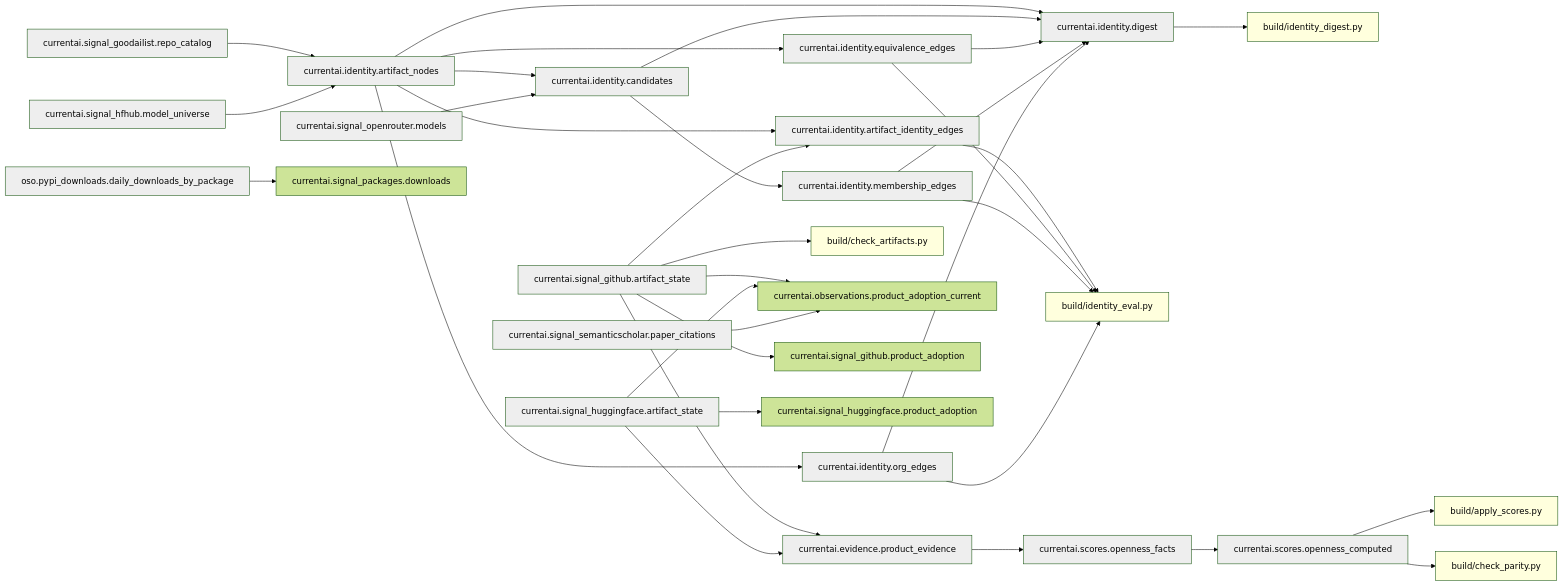
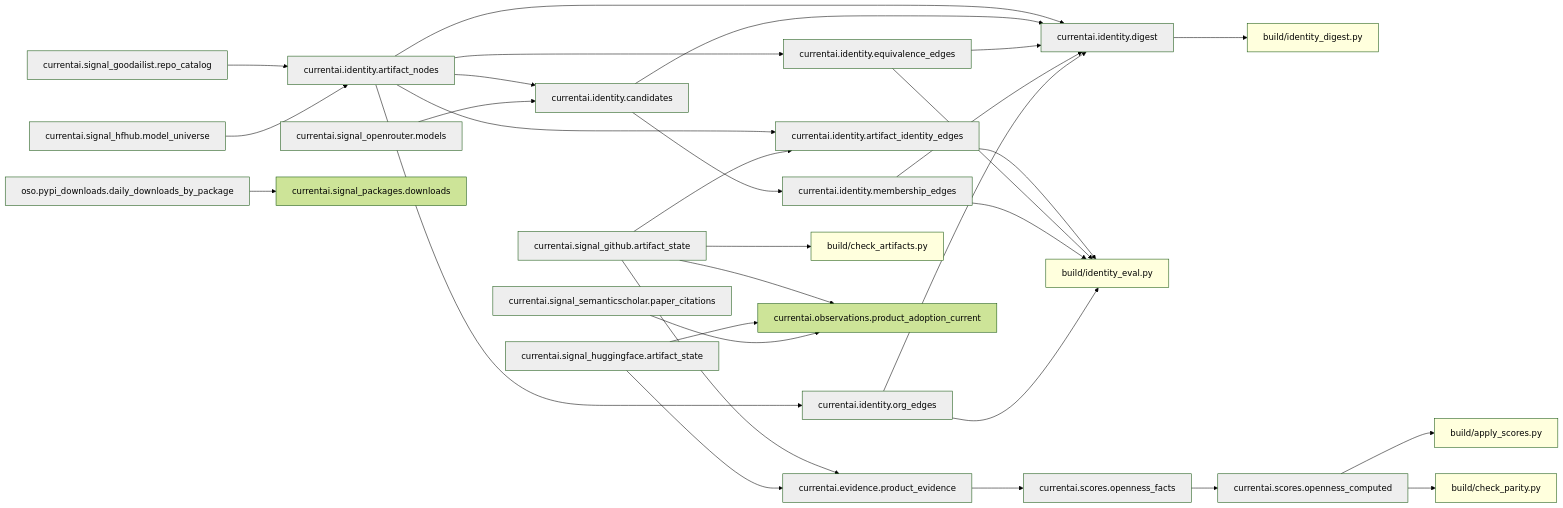
Before and after one commit to currentai-org/os-ai-map: the second of 3 diagrams in docs/architecture/current-state-dag.md, drawn with Mermaid (forest theme). The commit also changed other lines of this file and 18 other files, not shown here.

````diff
--- a/docs/architecture/current-state-dag.md
+++ b/docs/architecture/current-state-dag.md
@@ -127,38 +98,36 @@
 ```mermaid
 graph LR
   currentai__evidence__product_evidence[currentai.evidence.product_evidence]:::dep --> currentai__scores__openness_facts[currentai.scores.openness_facts]:::dep
   currentai__identity__artifact_identity_edges[currentai.identity.artifact_identity_edges]:::dep --> build/identity_eval__py[build/identity_eval.py]:::audit
   currentai__identity__artifact_nodes[currentai.identity.artifact_nodes]:::dep --> currentai__identity__artifact_identity_edges[currentai.identity.artifact_identity_edges]:::dep
   currentai__identity__artifact_nodes[currentai.identity.artifact_nodes]:::dep --> currentai__identity__candidates[currentai.identity.candidates]:::dep
   currentai__identity__artifact_nodes[currentai.identity.artifact_nodes]:::dep --> currentai__identity__digest[currentai.identity.digest]:::dep
   currentai__identity__artifact_nodes[currentai.identity.artifact_nodes]:::dep --> currentai__identity__equivalence_edges[currentai.identity.equivalence_edges]:::dep
   currentai__identity__artifact_nodes[currentai.identity.artifact_nodes]:::dep --> currentai__identity__org_edges[currentai.identity.org_edges]:::dep
   currentai__identity__candidates[currentai.identity.candidates]:::dep --> currentai__identity__digest[currentai.identity.digest]:::dep
   currentai__identity__candidates[currentai.identity.candidates]:::dep --> currentai__identity__membership_edges[currentai.identity.membership_edges]:::dep
   currentai__identity__digest[currentai.identity.digest]:::dep --> build/identity_digest__py[build/identity_digest.py]:::audit
   currentai__identity__equivalence_edges[currentai.identity.equivalence_edges]:::dep --> build/identity_eval__py[build/identity_eval.py]:::audit
   currentai__identity__equivalence_edges[currentai.identity.equivalence_edges]:::dep --> currentai__identity__digest[currentai.identity.digest]:::dep
   currentai__identity__membership_edges[currentai.identity.membership_edges]:::dep --> build/identity_eval__py[build/identity_eval.py]:::audit
   currentai__identity__membership_edges[currentai.identity.membership_edges]:::dep --> currentai__identity__digest[currentai.identity.digest]:::dep
   currentai__identity__org_edges[currentai.identity.org_edges]:::dep --> build/identity_eval__py[build/identity_eval.py]:::audit
   currentai__identity__org_edges[currentai.identity.org_edges]:::dep --> currentai__identity__digest[currentai.identity.digest]:::dep
   currentai__scores__openness_computed[currentai.scores.openness_computed]:::dep --> build/apply_scores__py[build/apply_scores.py]:::audit
   currentai__scores__openness_computed[currentai.scores.openness_computed]:::dep --> build/check_parity__py[build/check_parity.py]:::audit
   currentai__scores__openness_facts[currentai.scores.openness_facts]:::dep --> currentai__scores__openness_computed[currentai.scores.openness_computed]:::dep
   currentai__signal_github__artifact_state[currentai.signal_github.artifact_state]:::dep --> build/check_artifacts__py[build/check_artifacts.py]:::audit
   currentai__signal_github__artifact_state[currentai.signal_github.artifact_state]:::dep --> currentai__evidence__product_evidence[currentai.evidence.product_evidence]:::dep
   currentai__signal_github__artifact_state[currentai.signal_github.artifact_state]:::dep --> currentai__identity__artifact_identity_edges[currentai.identity.artifact_identity_edges]:::dep
   currentai__signal_github__artifact_state[currentai.signal_github.artifact_state]:::dep --> currentai__observations__product_adoption_current[currentai.observations.product_adoption_current]
-  currentai__signal_github__artifact_state[currentai.signal_github.artifact_state]:::dep --> currentai__signal_github__product_adoption[currentai.signal_github.product_adoption]
   currentai__signal_goodailist__repo_catalog[currentai.signal_goodailist.repo_catalog]:::dep --> currentai__identity__artifact_nodes[currentai.identity.artifact_nodes]:::dep
   currentai__signal_hfhub__model_universe[currentai.signal_hfhub.model_universe]:::dep --> currentai__identity__artifact_nodes[currentai.identity.artifact_nodes]:::dep
   currentai__signal_huggingface__artifact_state[currentai.signal_huggingface.artifact_state]:::dep --> currentai__evidence__product_evidence[currentai.evidence.product_evidence]:::dep
   currentai__signal_huggingface__artifact_state[currentai.signal_huggingface.artifact_state]:::dep --> currentai__observations__product_adoption_current[currentai.observations.product_adoption_current]
-  currentai__signal_huggingface__artifact_state[currentai.signal_huggingface.artifact_state]:::dep --> currentai__signal_huggingface__product_adoption[currentai.signal_huggingface.product_adoption]
   currentai__signal_openrouter__models[currentai.signal_openrouter.models]:::dep --> currentai__identity__candidates[currentai.identity.candidates]:::dep
   currentai__signal_semanticscholar__paper_citations[currentai.signal_semanticscholar.paper_citations]:::dep --> currentai__observations__product_adoption_current[currentai.observations.product_adoption_current]
   oso__pypi_downloads__daily_downloads_by_package[oso.pypi_downloads.daily_downloads_by_package]:::dep --> currentai__signal_packages__downloads[currentai.signal_packages.downloads]
   classDef dep fill:#eee;
   classDef audit fill:#ffd;
   classDef src fill:#def;
 ```
````
